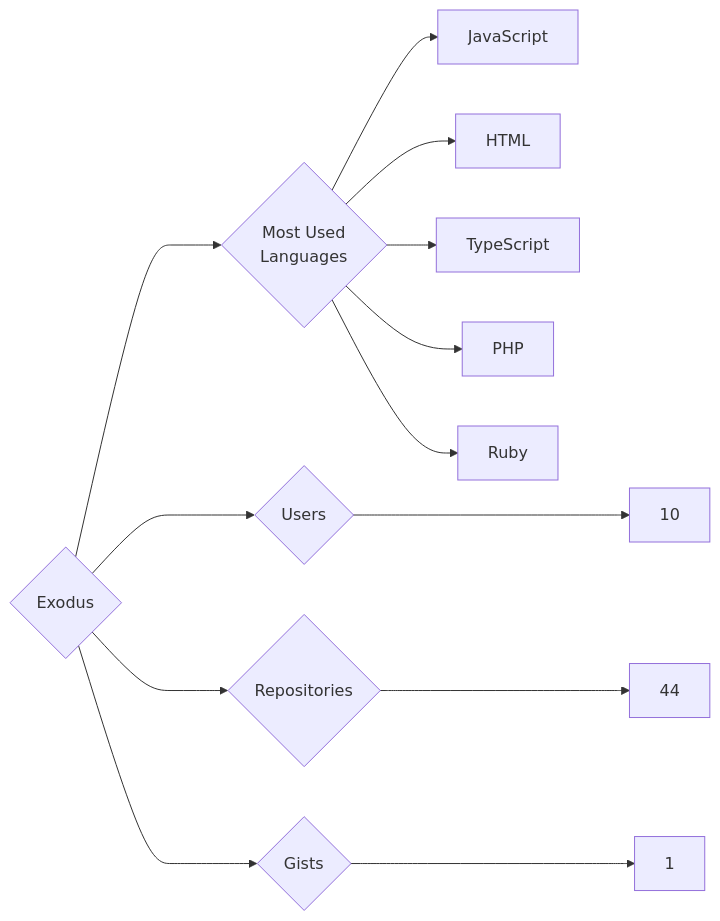
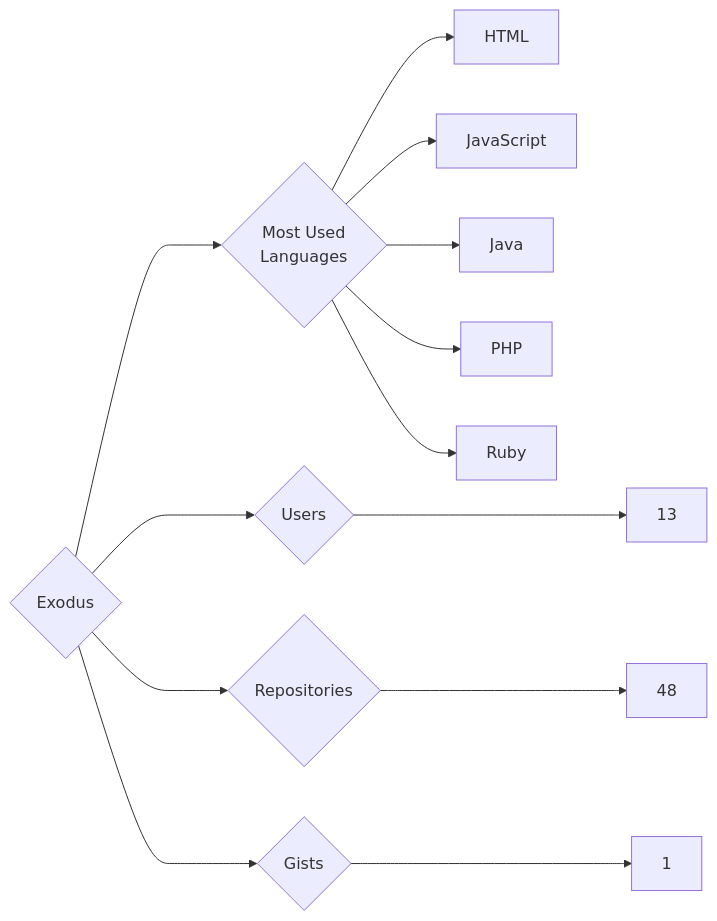
One commit to trickest/insiders changed the diagram in targets/Exodus/README.md. Above: the diagram before and after it, drawn with Mermaid. The commit also changed 895 other files, not shown here.

````diff
--- a/targets/Exodus/README.md
+++ b/targets/Exodus/README.md
@@ -3,13 +3,13 @@
 ```mermaid
 graph LR
 COMPANY_NAME{Exodus}
-COMPANY_NAME ---> U{Users} ---> UN[10]
-COMPANY_NAME ---> R{Repositories} ---> RN[44]
+COMPANY_NAME ---> U{Users} ---> UN[13]
+COMPANY_NAME ---> R{Repositories} ---> RN[48]
 COMPANY_NAME ---> G{Gists} ---> GN[1]
 COMPANY_NAME ---> ML{Most Used<br>Languages}
+ML --> HTML[HTML]
 ML --> JavaScript[JavaScript]
-ML --> HTML[HTML]
-ML --> TypeScript[TypeScript]
+ML --> Java[Java]
 ML --> PHP[PHP]
 ML --> Ruby[Ruby]
 ```
````
